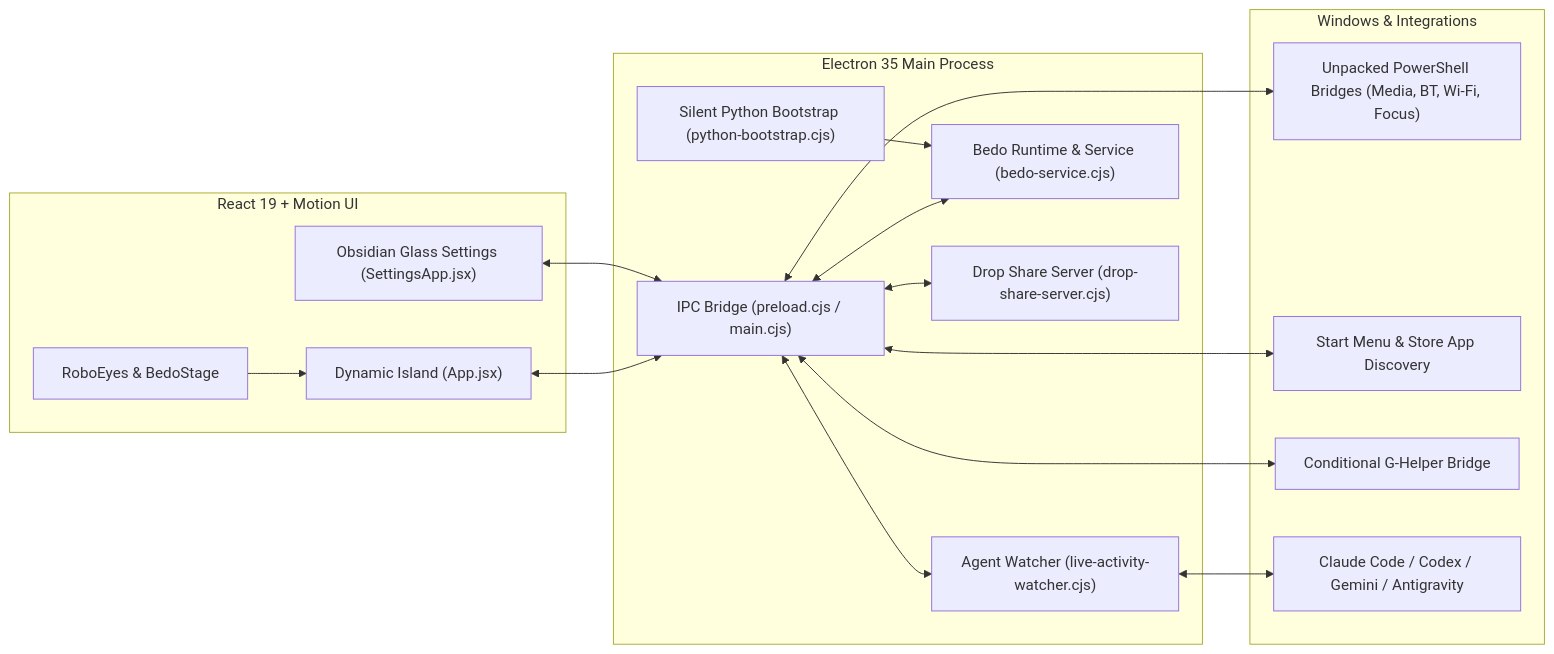
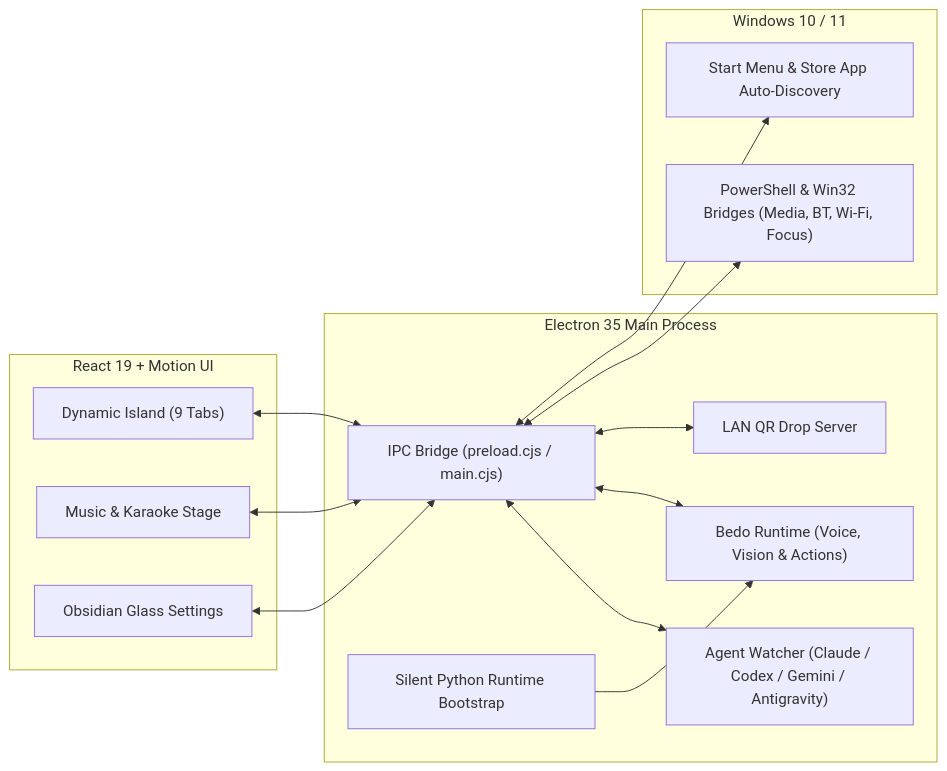
Before and after one commit to bedirhanorseloglu/Bedo-Dynamic-Island-And-AI-Assistant-For-Windows: the diagram in README.md, drawn with Mermaid. The commit also changed other lines of this file and 5 other files, not shown here.

````diff
--- a/README.md
+++ b/README.md
@@ -89,35 +61,31 @@
 ```mermaid
 flowchart LR
     subgraph Renderer["React 19 + Motion UI"]
-        Island["Dynamic Island (App.jsx)"]
-        Eyes["RoboEyes & BedoStage"]
-        Settings["Obsidian Glass Settings (SettingsApp.jsx)"]
+        Island["Dynamic Island (9 Tabs)"]
+        Music["Music & Karaoke Stage"]
+        Settings["Obsidian Glass Settings"]
     end
 
     subgraph Main["Electron 35 Main Process"]
         IPC["IPC Bridge (preload.cjs / main.cjs)"]
-        Agents["Agent Watcher (live-activity-watcher.cjs)"]
-        BedoAI["Bedo Runtime & Service (bedo-service.cjs)"]
-        Bootstrap["Silent Python Bootstrap (python-bootstrap.cjs)"]
-        Drop["Drop Share Server (drop-share-server.cjs)"]
+        Agents["Agent Watcher (Claude / Codex / Gemini / Antigravity)"]
+        BedoAI["Bedo Runtime (Voice, Vision & Actions)"]
+        Bootstrap["Silent Python Runtime Bootstrap"]
+        Drop["LAN QR Drop Server"]
     end
 
-    subgraph OS["Windows & Integrations"]
-        WinPS["Unpacked PowerShell Bridges (Media, BT, Wi-Fi, Focus)"]
-        Apps["Start Menu & Store App Discovery"]
-        GHelper["Conditional G-Helper Bridge"]
-        IDEs["Claude Code / Codex / Gemini / Antigravity"]
+    subgraph OS["Windows 10 / 11"]
+        WinPS["PowerShell & Win32 Bridges (Media, BT, Wi-Fi, Focus)"]
+        Apps["Start Menu & Store App Auto-Discovery"]
     end
 
     Island <--> IPC
+    Music <--> IPC
     Settings <--> IPC
-    Eyes --> Island
     IPC <--> Agents
     IPC <--> BedoAI
     Bootstrap --> BedoAI
     IPC <--> Drop
-    Agents <--> IDEs
     IPC <--> WinPS
     IPC <--> Apps
-    IPC <--> GHelper
 ```
````
